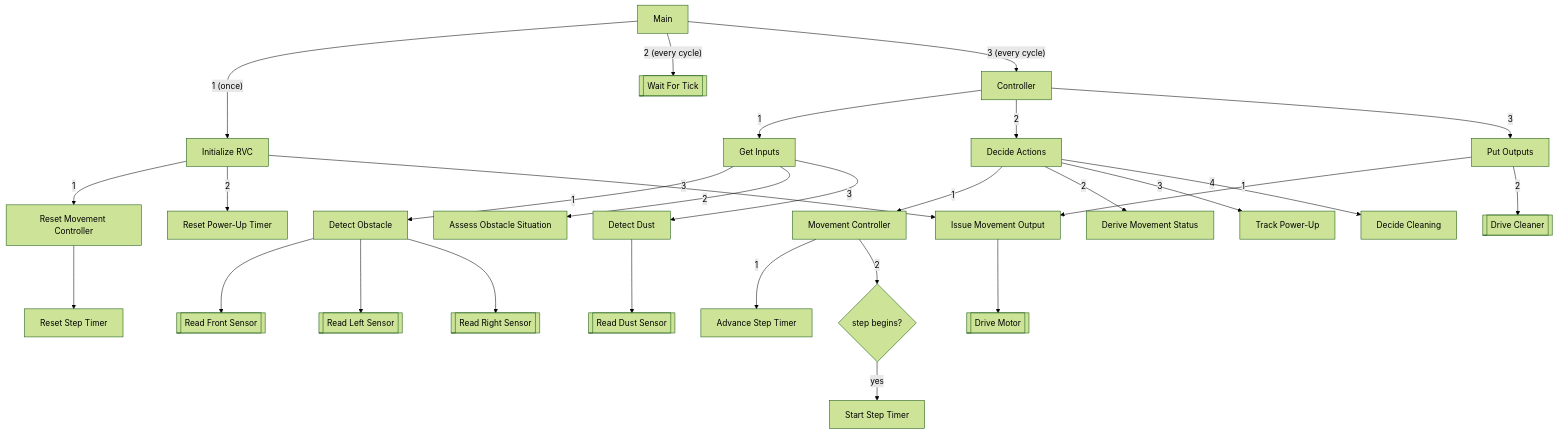
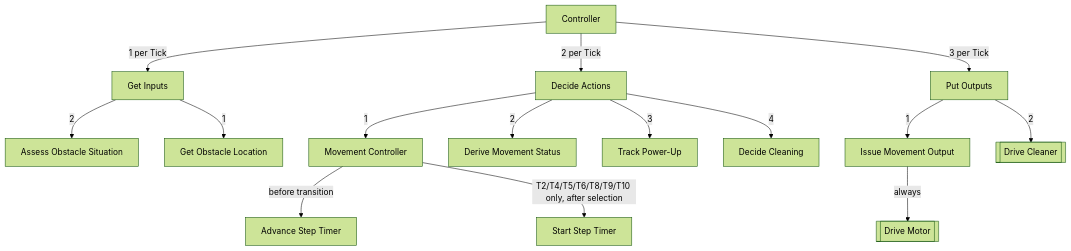
Before and after one commit to cmh0322/rvc-hw3-2: the second of 4 diagrams in artifacts/SD/structure_chart.md, drawn with Mermaid (forest theme). The commit also changed other lines of this file and 1155 other files, not shown here.

````diff
--- a/artifacts/SD/structure_chart.md
+++ b/artifacts/SD/structure_chart.md
@@ -29,68 +66,32 @@
 ```mermaid
 flowchart TB
-    Main["Main"]
-    Init["Initialize RVC"]
-    WaitTick[["Wait For Tick"]]
-    Ctrl["Controller"]
-
-    ResetMC["Reset Movement Controller"]
-    ResetST["Reset Step Timer"]
-    ResetPU["Reset Power-Up Timer"]
-
-    GetIn["Get Inputs"]
-    Decide["Decide Actions"]
-    PutOut["Put Outputs"]
-
-    DetObs["Detect Obstacle"]
-    Assess["Assess Obstacle Situation"]
-    DetDust["Detect Dust"]
-    RdF[["Read Front Sensor"]]
-    RdL[["Read Left Sensor"]]
-    RdR[["Read Right Sensor"]]
-    RdD[["Read Dust Sensor"]]
-
-    MC["Movement Controller"]
-    AdvST["Advance Step Timer"]
-    StepQ{"step begins?"}
-    StartST["Start Step Timer"]
-    Status["Derive Movement Status"]
-    TrackPU["Track Power-Up"]
-    DecClean["Decide Cleaning"]
-
-    IssueMove["Issue Movement Output"]
-    DrvMotor[["Drive Motor"]]
-    DrvCleaner[["Drive Cleaner"]]
-
-    Main -->|"1 (once)"| Init
-    Main -->|"2 (every cycle)"| WaitTick
-    Main -->|"3 (every cycle)"| Ctrl
-
-    Init -->|"1"| ResetMC
-    ResetMC --> ResetST
-    Init -->|"2"| ResetPU
-    Init -->|"3"| IssueMove
-
-    Ctrl -->|"1"| GetIn
-    Ctrl -->|"2"| Decide
-    Ctrl -->|"3"| PutOut
-
-    GetIn -->|"1"| DetObs
-    GetIn -->|"2"| Assess
-    GetIn -->|"3"| DetDust
-    DetObs --> RdF
-    DetObs --> RdL
-    DetObs --> RdR
-    DetDust --> RdD
-
-    Decide -->|"1"| MC
-    Decide -->|"2"| Status
-    Decide -->|"3"| TrackPU
-    Decide -->|"4"| DecClean
-    MC -->|"1"| AdvST
-    MC -->|"2"| StepQ
-    StepQ -->|"yes"| StartST
-
-    PutOut -->|"1"| IssueMove
-    PutOut -->|"2"| DrvCleaner
-    IssueMove --> DrvMotor
+    M5["Controller"]
+    M6["Get Inputs"]
+    M8["Assess Obstacle Situation"]
+    M12["Get Obstacle Location"]
+    M15["Decide Actions"]
+    M16["Movement Controller"]
+    M18["Advance Step Timer"]
+    M19["Start Step Timer"]
+    M21["Derive Movement Status"]
+    M22["Track Power-Up"]
+    M24["Decide Cleaning"]
+    M25["Put Outputs"]
+    M26["Issue Movement Output"]
+    M28[["Drive Motor"]]
+    M29[["Drive Cleaner"]]
+    M5 -->|"1 per Tick"| M6
+    M5 -->|"2 per Tick"| M15
+    M5 -->|"3 per Tick"| M25
+    M6 -->|"1"| M12
+    M6 -->|"2"| M8
+    M15 -->|"1"| M16
+    M15 -->|"2"| M21
+    M15 -->|"3"| M22
+    M15 -->|"4"| M24
+    M16 -->|"before transition"| M18
+    M16 -->|"T2/T4/T5/T6/T8/T9/T10 only, after selection"| M19
+    M25 -->|"1"| M26
+    M25 -->|"2"| M29
+    M26 -->|"always"| M28
 ```
````
